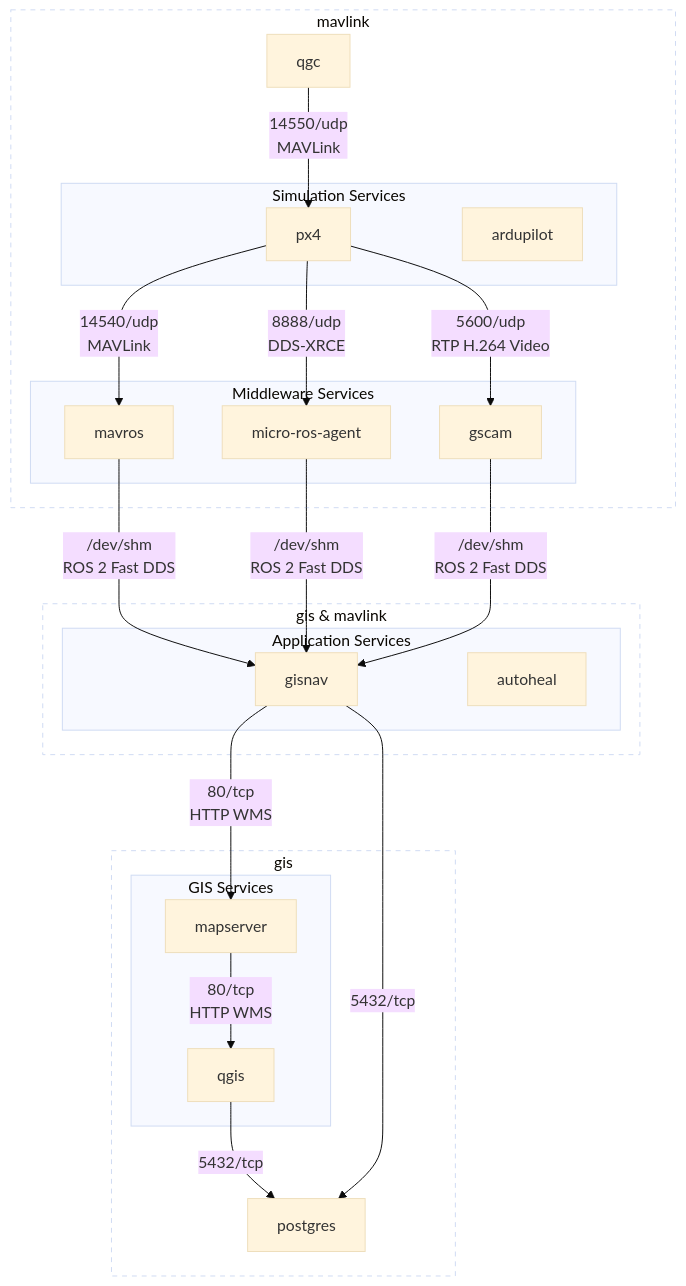
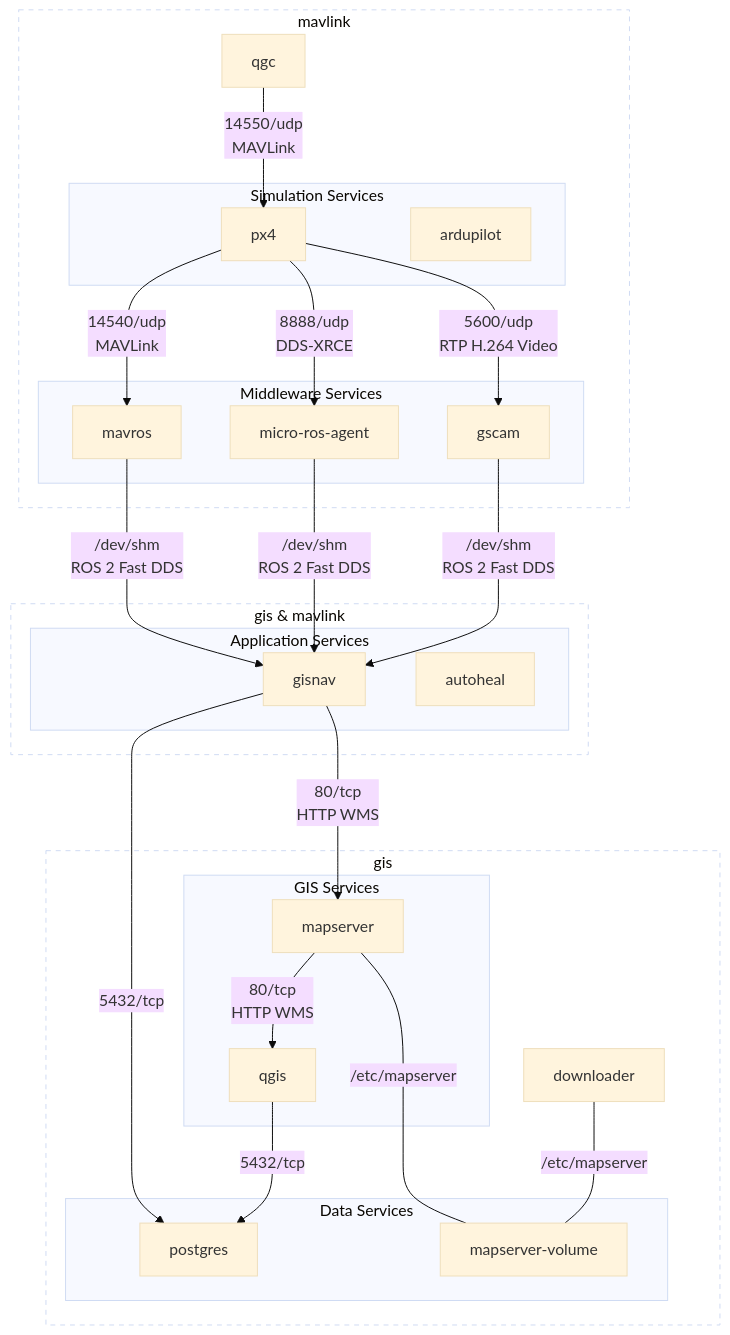
Before and after one commit to hmakelin/gisnav: the diagram in docs/pages/developer_guide/offboard/docker_compose.rst, drawn with Mermaid (base theme). The commit also changed 5 other files, not shown here.

```diff
--- a/docs/pages/developer_guide/offboard/docker_compose.rst
+++ b/docs/pages/developer_guide/offboard/docker_compose.rst
@@ -42,46 +42,52 @@
 .. mermaid::
 
     graph TD
         subgraph mavlink ["mavlink"]
             mavlink_qgc[qgc]
             subgraph simulation ["Simulation Services"]
                 simulation_px4[px4]
                 simulation_ardupilot[ardupilot]
             end
             subgraph middleware ["Middleware Services"]
                 middleware_mavros[mavros]
                 middleware_micro_ros_agent[micro-ros-agent]
                 middleware_gscam[gscam]
             end
         end
 
         subgraph gis_mavlink ["gis & mavlink"]
             subgraph application ["Application Services"]
                 application_gisnav[gisnav]
                 application_autoheal[autoheal]
             end
         end
 
         subgraph gis ["gis"]
             subgraph gis_services ["GIS Services"]
                 gis_mapserver[mapserver]
                 gis_qgis[qgis]
             end
-            gis_postgres[postgres]
+            subgraph data_services ["Data Services"]
+                gis_postgres[postgres]
+                gis_mapserver_volume[mapserver-volume]
+            end
+            gis_downloader[downloader]
         end
 
         mavlink_qgc -->|14550/udp\nMAVLink| simulation_px4
         simulation_px4 -->|14540/udp\nMAVLink| middleware_mavros
         simulation_px4 -->|8888/udp\nDDS-XRCE | middleware_micro_ros_agent
         simulation_px4 -->|5600/udp\nRTP H.264 Video| middleware_gscam
         middleware_mavros -->|/dev/shm\nROS 2 Fast DDS| application_gisnav
         middleware_micro_ros_agent -->|/dev/shm\nROS 2 Fast DDS| application_gisnav
         middleware_gscam -->|/dev/shm\nROS 2 Fast DDS| application_gisnav
+        application_gisnav -->|5432/tcp| gis_postgres
 
         application_gisnav -->|80/tcp\nHTTP WMS| gis_mapserver
         gis_mapserver -->|80/tcp\nHTTP WMS| gis_qgis
         gis_qgis -->|5432/tcp| gis_postgres
-        application_gisnav -->|5432/tcp| gis_postgres
+        gis_mapserver ---|/etc/mapserver| gis_mapserver_volume
+        gis_downloader ---|/etc/mapserver| gis_mapserver_volume
 
         classDef network fill:transparent,stroke-dasharray:5 5;
         class mavlink,gis,gis_mavlink network
```
